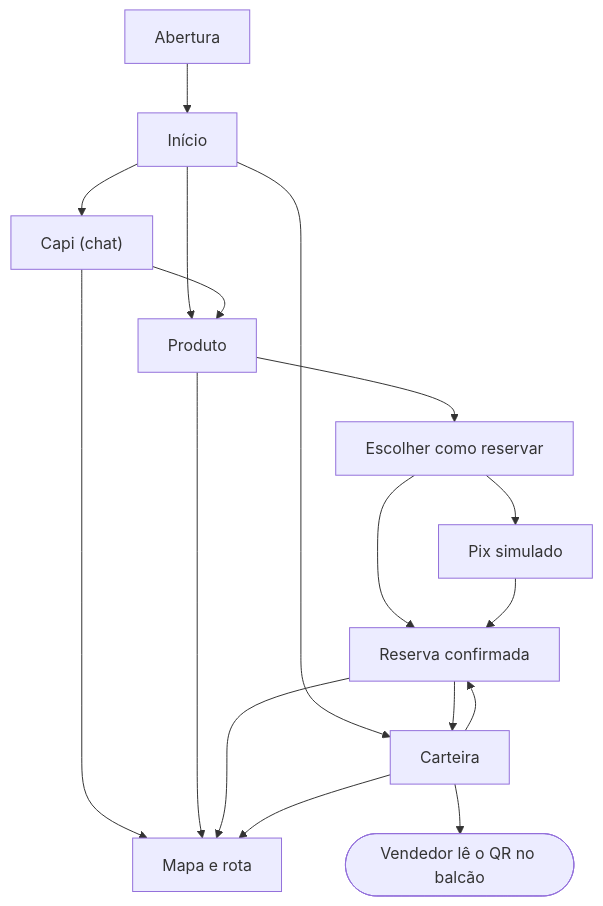
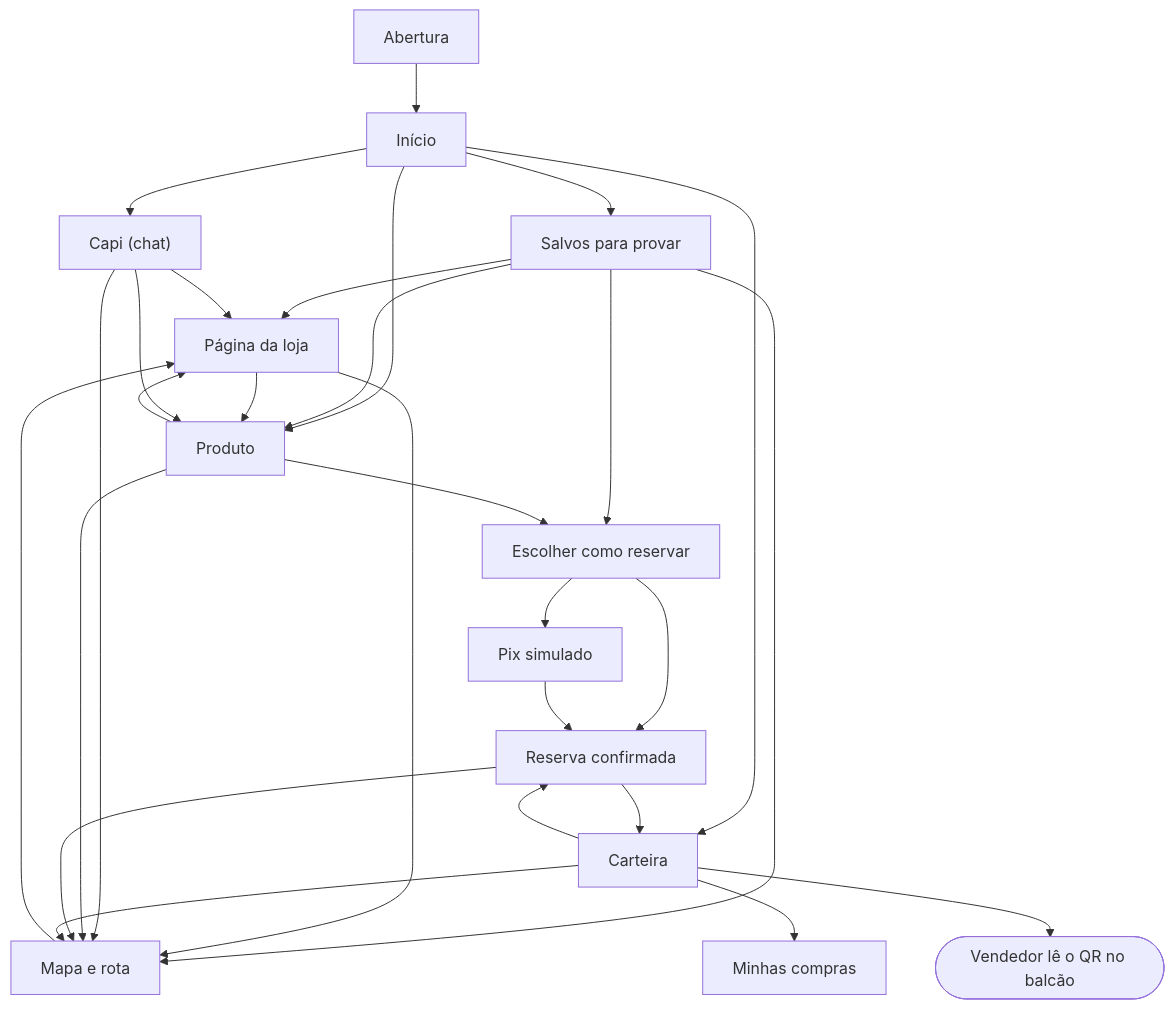
The diagram in docs/telas.md (Gustavo16378/tyranitar-capim-dourado), drawn with Mermaid before and after one commit. The commit also changed other lines of this file, not shown here.

First line of the commit message:
docs(telas): Salvos para provar, página da loja e Minhas compras

````diff
--- a/docs/telas.md
+++ b/docs/telas.md
@@ -7,19 +7,30 @@
 ```mermaid
 flowchart TB
   abertura["Abertura"] --> inicio["Início"]
   inicio --> capi["Capi (chat)"]
   inicio --> produto["Produto"]
   inicio --> carteira["Carteira"]
+  inicio --> salvos["Salvos para provar"]
+  salvos --> produto
+  salvos --> reservar
+  salvos --> mapa
+  salvos --> loja["Página da loja"]
+  produto --> loja
+  capi --> loja
+  loja --> produto
+  loja --> mapa
+  mapa --> loja
   capi --> produto
   capi --> mapa["Mapa e rota"]
   produto --> reservar["Escolher como reservar"]
   produto --> mapa
   reservar --> pix["Pix simulado"]
   reservar --> reserva["Reserva confirmada"]
   pix --> reserva
   reserva --> mapa
   reserva --> carteira
   carteira --> reserva
   carteira --> mapa
+  carteira --> compras["Minhas compras"]
   carteira --> balcao(["Vendedor lê o QR no balcão"])
 ```
````
